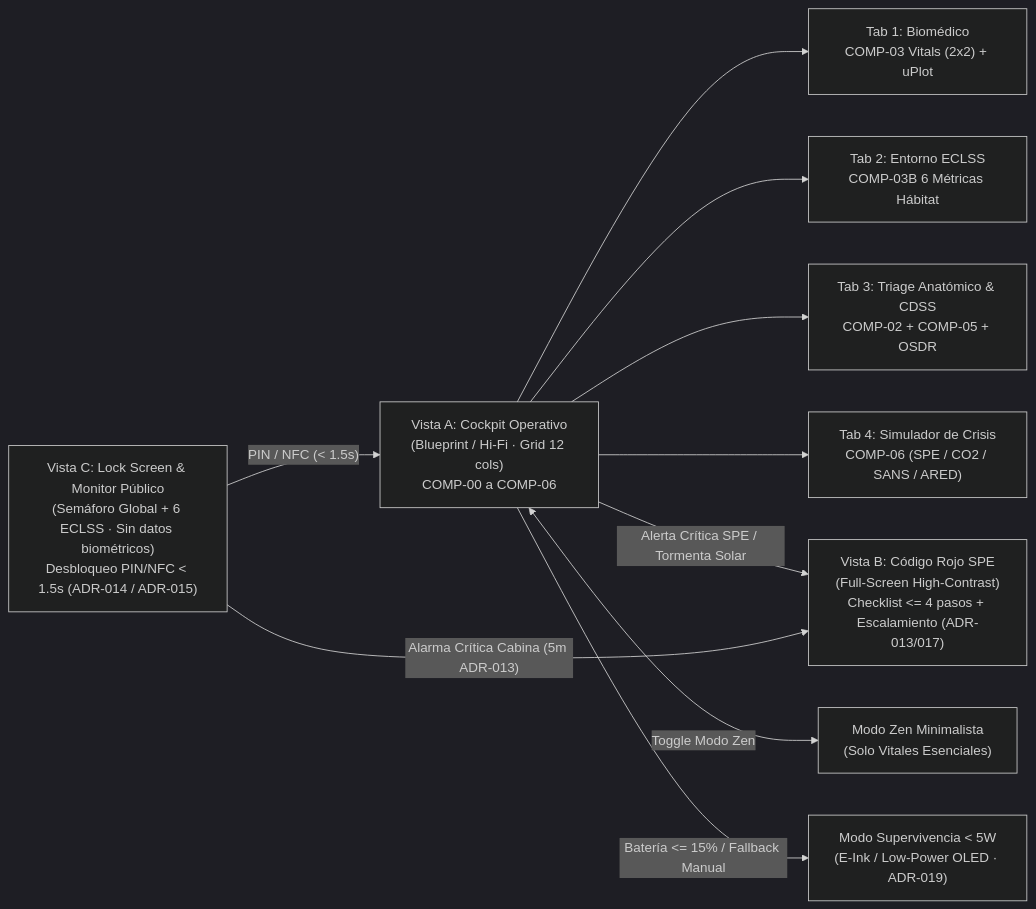
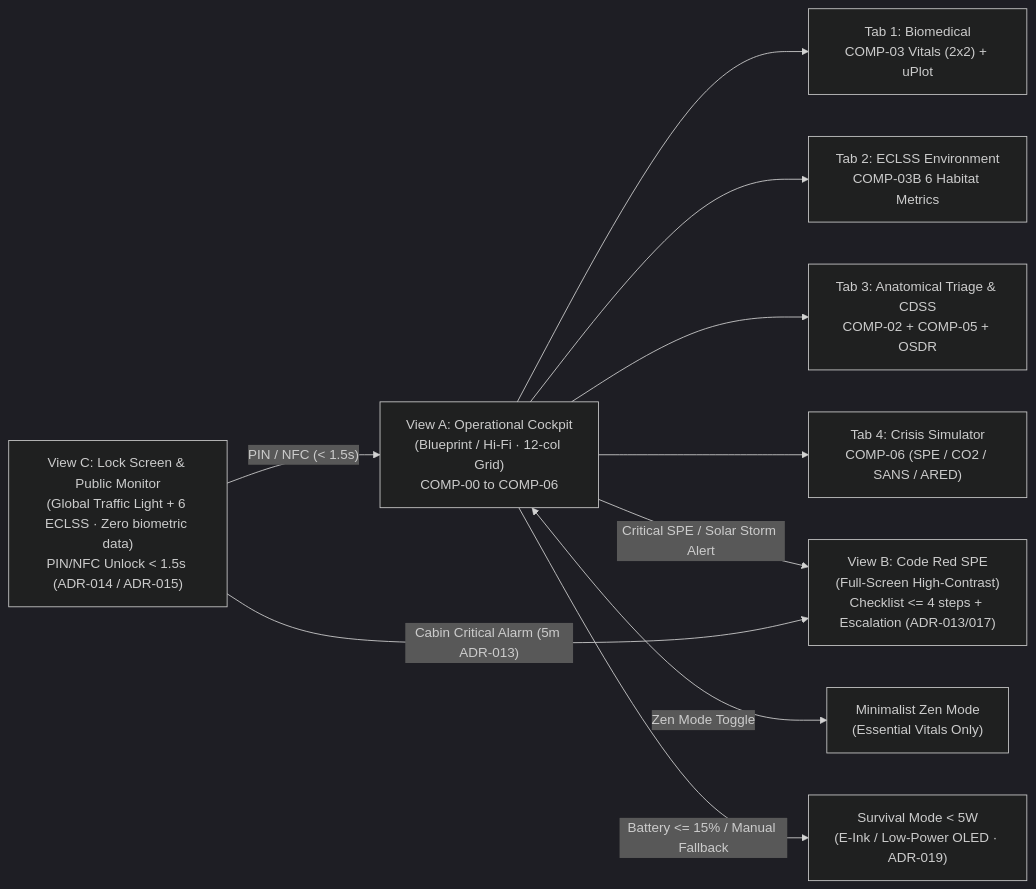
The diagram in docs/Diseno-UI-UX/01-Wireframes-y-Arquitectura-de-Pantalla.md (angelcontres/ASTHA-SpaceApps), drawn with Mermaid (dark theme) before and after one commit. The commit also changed other lines of this file and 46 other files, not shown here.

````diff
--- a/docs/Diseno-UI-UX/01-Wireframes-y-Arquitectura-de-Pantalla.md
+++ b/docs/Diseno-UI-UX/01-Wireframes-y-Arquitectura-de-Pantalla.md
@@ -23,22 +23,22 @@
 ```mermaid
 flowchart LR
-    LOCK["Vista C: Lock Screen & Monitor Público<br/>(Semáforo Global + 6 ECLSS · Sin datos biométricos)<br/>Desbloqueo PIN/NFC < 1.5s (ADR-014 / ADR-015)"]
-    VISTA_A["Vista A: Cockpit Operativo<br/>(Blueprint / Hi-Fi · Grid 12 cols)<br/>COMP-00 a COMP-06"]
-    T1["Tab 1: Biomédico<br/>COMP-03 Vitals (2x2) + uPlot"]
-    T2["Tab 2: Entorno ECLSS<br/>COMP-03B 6 Métricas Hábitat"]
-    T3["Tab 3: Triage Anatómico & CDSS<br/>COMP-02 + COMP-05 + OSDR"]
-    T4["Tab 4: Simulador de Crisis<br/>COMP-06 (SPE / CO2 / SANS / ARED)"]
-    VISTA_B["Vista B: Código Rojo SPE<br/>(Full-Screen High-Contrast)<br/>Checklist <= 4 pasos + Escalamiento (ADR-013/017)"]
-    ZEN["Modo Zen Minimalista<br/>(Solo Vitales Esenciales)"]
-    SURV["Modo Supervivencia < 5W<br/>(E-Ink / Low-Power OLED · ADR-019)"]
+    LOCK["View C: Lock Screen & Public Monitor<br/>(Global Traffic Light + 6 ECLSS · Zero biometric data)<br/>PIN/NFC Unlock < 1.5s (ADR-014 / ADR-015)"]
+    VISTA_A["View A: Operational Cockpit<br/>(Blueprint / Hi-Fi · 12-col Grid)<br/>COMP-00 to COMP-06"]
+    T1["Tab 1: Biomedical<br/>COMP-03 Vitals (2x2) + uPlot"]
+    T2["Tab 2: ECLSS Environment<br/>COMP-03B 6 Habitat Metrics"]
+    T3["Tab 3: Anatomical Triage & CDSS<br/>COMP-02 + COMP-05 + OSDR"]
+    T4["Tab 4: Crisis Simulator<br/>COMP-06 (SPE / CO2 / SANS / ARED)"]
+    VISTA_B["View B: Code Red SPE<br/>(Full-Screen High-Contrast)<br/>Checklist <= 4 steps + Escalation (ADR-013/017)"]
+    ZEN["Minimalist Zen Mode<br/>(Essential Vitals Only)"]
+    SURV["Survival Mode < 5W<br/>(E-Ink / Low-Power OLED · ADR-019)"]
 
     LOCK -->|"PIN / NFC (< 1.5s)"| VISTA_A
     VISTA_A --> T1
     VISTA_A --> T2
     VISTA_A --> T3
     VISTA_A --> T4
-    VISTA_A -->|"Alerta Crítica SPE / Tormenta Solar"| VISTA_B
-    LOCK -->|"Alarma Crítica Cabina (5m ADR-013)"| VISTA_B
-    VISTA_A <-->|"Toggle Modo Zen"| ZEN
-    VISTA_A -->|"Batería <= 15% / Fallback Manual"| SURV
+    VISTA_A -->|"Critical SPE / Solar Storm Alert"| VISTA_B
+    LOCK -->|"Cabin Critical Alarm (5m ADR-013)"| VISTA_B
+    VISTA_A <-->|"Zen Mode Toggle"| ZEN
+    VISTA_A -->|"Battery <= 15% / Manual Fallback"| SURV
 ```
````
